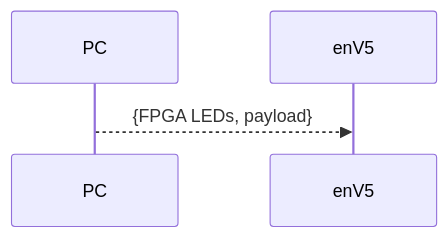
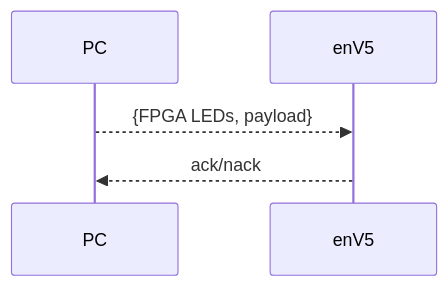
Before and after one commit to es-ude/elastic-ai.runtime.enV5: the eighth of 11 diagrams in python_utils/elasticai/runtime/env5/usb/README.adoc, drawn with Mermaid. The commit also changed other lines of this file, not shown here.

```diff
--- a/python_utils/elasticai/runtime/env5/usb/README.adoc
+++ b/python_utils/elasticai/runtime/env5/usb/README.adoc
@@ -132,5 +147,6 @@
 [mermaid]
 ....
 sequenceDiagram
     PC-->>enV5: {FPGA LEDs, payload}
+    enV5-->>PC: ack/nack
 ....
```
